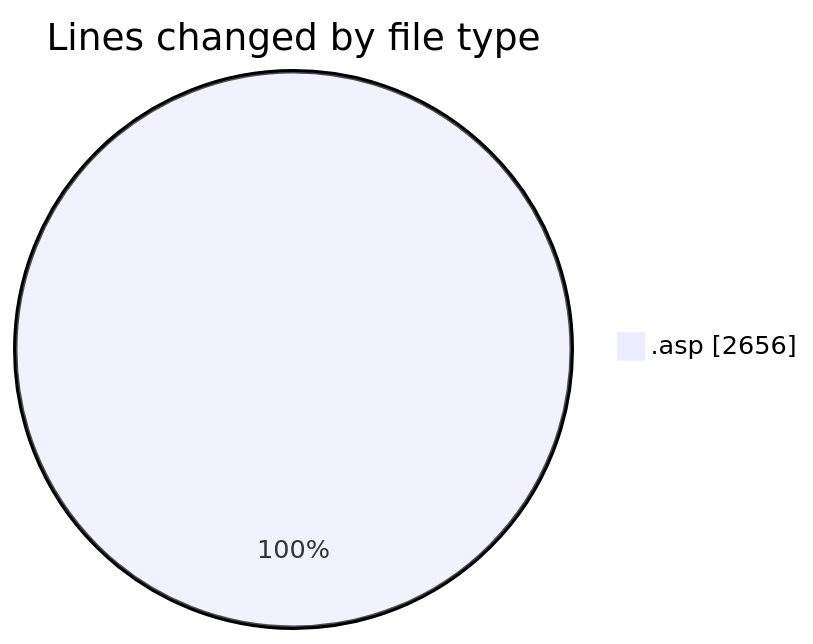
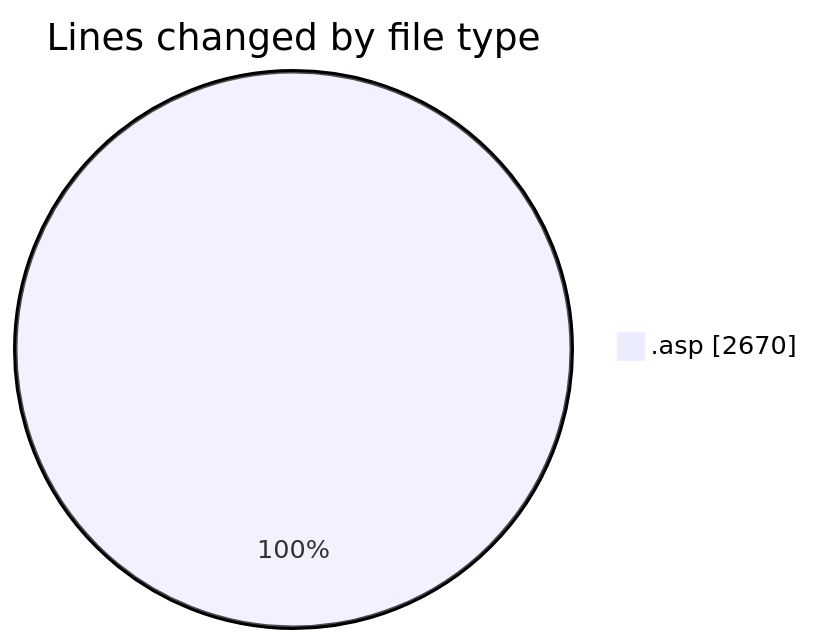
One commit to julien-gomy/code-tracking changed the first of 2 diagrams in 2025-10-31/cdp_aleoudev_fr__workspace_/README.md. Above: the diagram before and after it, drawn with Mermaid. The commit also changed other lines of this file and 1 other file, not shown here.

````diff
--- a/2025-10-31/cdp_aleoudev_fr__workspace_/README.md
+++ b/2025-10-31/cdp_aleoudev_fr__workspace_/README.md
@@ -21,5 +21,5 @@
 ```mermaid
 pie showData
 title Lines changed by file type
-".asp" : 2656
+".asp" : 2670
 ```
````
